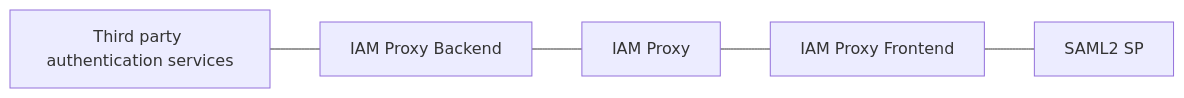
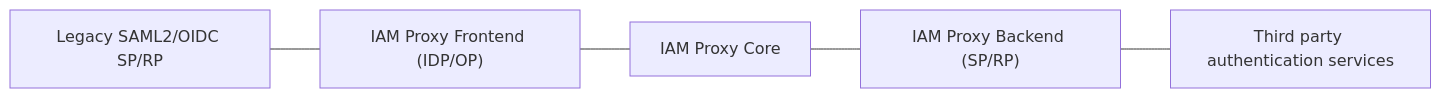
One commit to italia/iam-proxy-italia changed the diagram in README.md. Above: the diagram before and after it, drawn with Mermaid. The commit also changed other lines of this file and 41 other files, not shown here.

````diff
--- a/README.md
+++ b/README.md
@@ -133,9 +55,9 @@
 ```mermaid
 flowchart LR
+  E["Legacy SAML2/OIDC SP/RP"]
+  D["IAM Proxy Frontend (IDP/OP)"]
+  C["IAM Proxy Core"]
+  B["IAM Proxy Backend (SP/RP)"]
   A["Third party authentication services"]
-  B["IAM Proxy Backend"]
-  C["IAM Proxy"]
-  D["IAM Proxy Frontend"]
-  E["SAML2 SP"]
-  A --- B --- C --- D --- E
+  E --- D --- C --- B --- A
 ```
````
